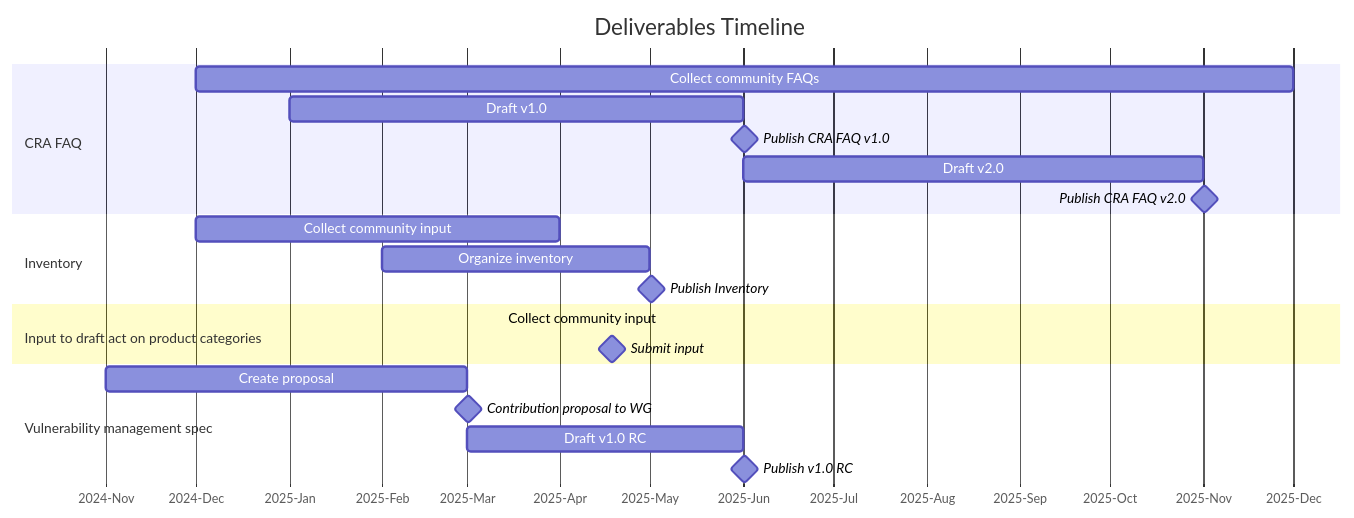
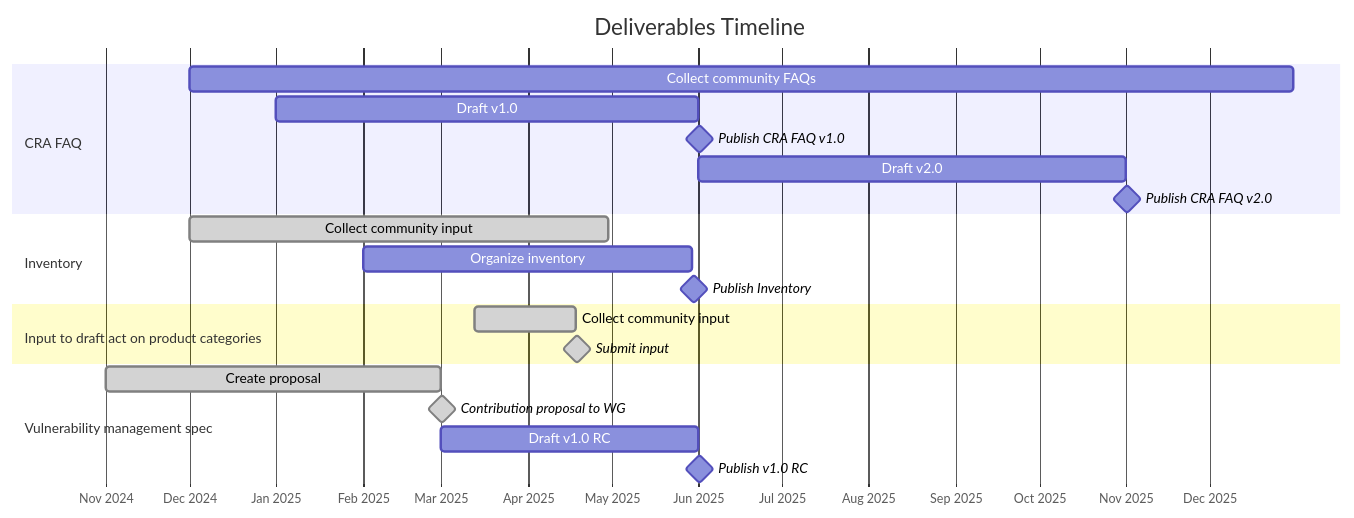
One commit to orcwg/orcwg changed the second of 2 diagrams in cyber-resilience-sig/README.md. Above: the diagram before and after it, drawn with Mermaid.

Commit message:
Update timeline

````diff
--- a/cyber-resilience-sig/README.md
+++ b/cyber-resilience-sig/README.md
@@ -103,35 +103,35 @@
 ```mermaid
 gantt
     title Deliverables Timeline
-    dateFormat  MMMM YYYY
-    axisFormat %Y-%b
+    dateFormat  D MMMM YYYY
+    axisFormat %b %Y
     tickInterval 1month
 
     section CRA FAQ
-    Collect community FAQs: December 2024, December 2025
-    Draft v1.0: January 2025, June 2025
-    Publish CRA FAQ v1.0: milestone, June 2025, 1d
-    Draft v2.0: June 2025, November 2025
-    Publish CRA FAQ v2.0: milestone, November 2025, 1d
+    Collect community FAQs: 1 December 2024, 31 December 2025
+    Draft v1.0: 1 January 2025, 1 June 2025
+    Publish CRA FAQ v1.0: milestone, 1 June 2025, 1d
+    Draft v2.0: 1 June 2025, 1 November 2025
+    Publish CRA FAQ v2.0: milestone, 1 November 2025, 1d
 
     section Inventory
-    Collect community input: December 2024, April 2025
-    Organize inventory: February 2025, May 2025
-    Publish Inventory: milestone, May 2025, 1d
+    Collect community input: done, 1 December 2024, 30 April 2025
+    Organize inventory: 1 February 2025, 30 May 2025
+    Publish Inventory: milestone, 30 May 2025, 1d
     
     section Input to draft act on product categories
-    Collect community input: 13 March 2025, 18 April 2025
-    Submit input: milestone, 18 April 2025, 1d
+    Collect community input: done, 13 March 2025, 18 April 2025
+    Submit input: done, milestone, 18 April 2025, 1d
 
     section on SBOMs
 
     section on Due diligence
 
     section on Attestations
 
     section Vulnerability management spec
-    Create proposal: November 2024, March 2025
-    Contribution proposal to WG: milestone, March 2025, 1d
-    Draft v1.0 RC: March 2025, June 2025
-    Publish v1.0 RC: milestone, June 2025, 1d
+    Create proposal: done, 1 November 2024, 1 March 2025
+    Contribution proposal to WG: done, milestone, 1 March 2025, 1d
+    Draft v1.0 RC: 1 March 2025, 1 June 2025
+    Publish v1.0 RC: milestone, 1 June 2025, 1d
 ```
````
